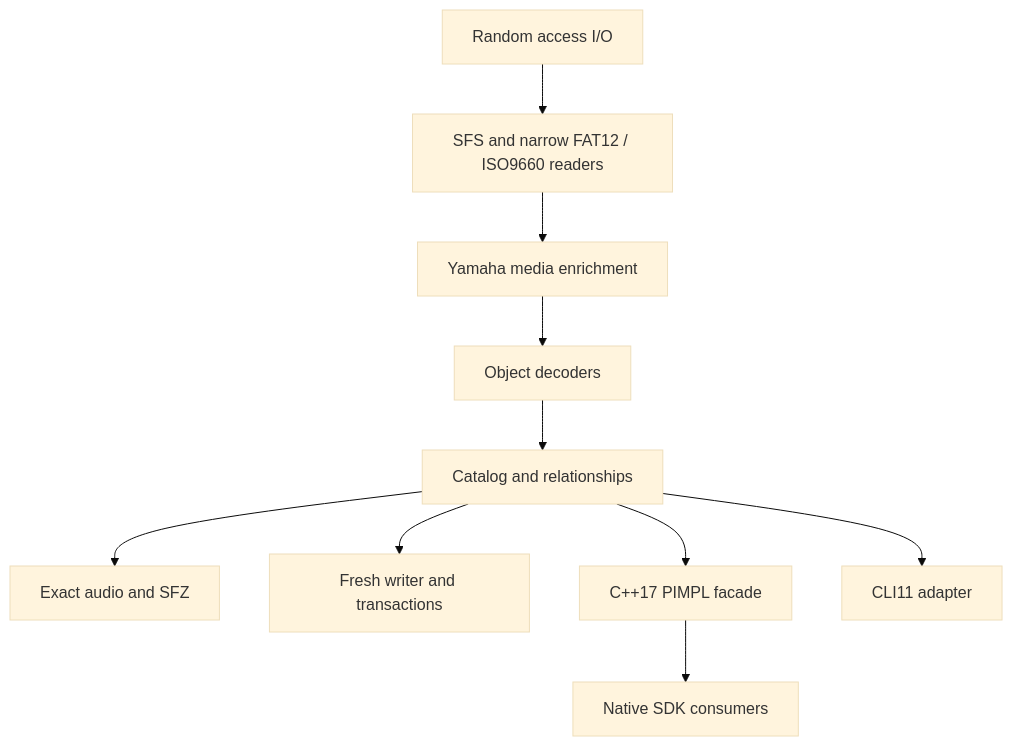
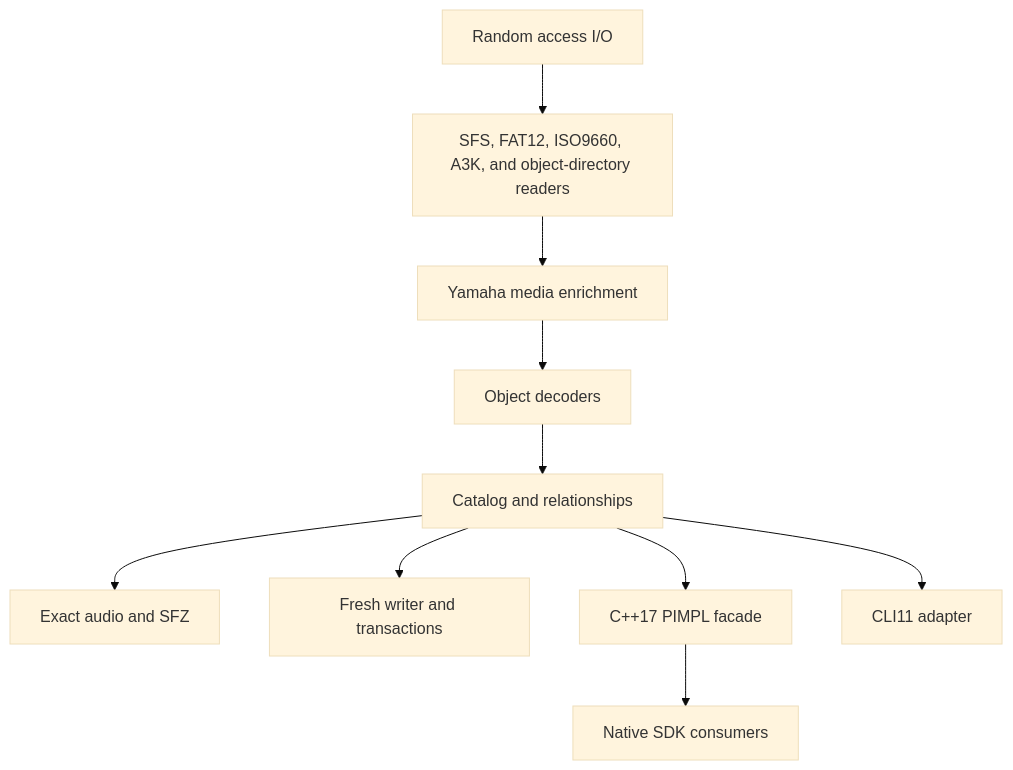
One commit to tphzz/axklib changed the diagram in docs/architecture.md. Above: the diagram before and after it, drawn with Mermaid (base theme). The commit also changed other lines of this file and 808 other files, not shown here.

````diff
--- a/docs/architecture.md
+++ b/docs/architecture.md
@@ -6,14 +17,14 @@
 ```mermaid
 flowchart TD
     accTitle: axklib architecture dependency flow
     accDescr: Random access input flows through media readers, Yamaha enrichment, object decoders, and the catalog. The catalog provides audio export, writing, the shared SDK facade, and the CLI adapter. Native consumers use the SDK.
-    IO[Random access I/O] --> Media[SFS and narrow FAT12 / ISO9660 readers]
+    IO[Random access I/O] --> Media[SFS, FAT12, ISO9660, A3K, and object-directory readers]
     Media --> Yamaha[Yamaha media enrichment]
     Yamaha --> Objects[Object decoders]
     Objects --> Catalog[Catalog and relationships]
     Catalog --> Audio[Exact audio and SFZ]
     Catalog --> Writer[Fresh writer and transactions]
     Catalog --> SDK[C++17 PIMPL facade]
     Catalog --> CLI[CLI11 adapter]
     SDK --> Host[Native SDK consumers]
 ```
````
